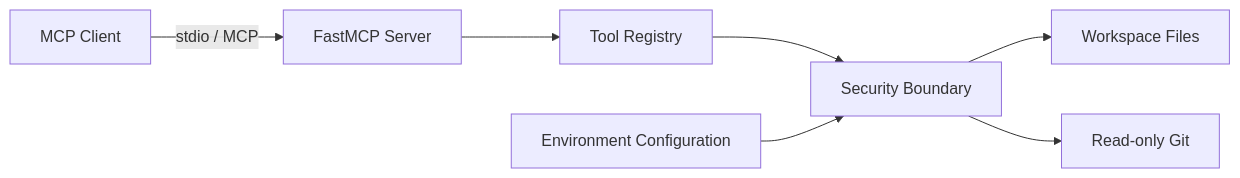
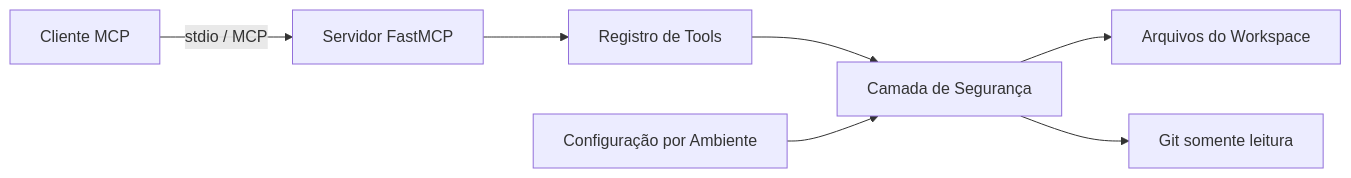
The diagram in docs/architecture.md (ErikaMendes89/developer-toolbox-mcp), drawn with Mermaid before and after one commit. The commit also changed other lines of this file, not shown here.

````diff
--- a/docs/architecture.md
+++ b/docs/architecture.md
@@ -9,9 +9,9 @@
 ```mermaid
 flowchart LR
-    Client[MCP Client] -->|stdio / MCP| Server[FastMCP Server]
-    Server --> Tools[Tool Registry]
-    Tools --> Guard[Security Boundary]
-    Guard --> FS[Workspace Files]
-    Guard --> Git[Read-only Git]
-    Config[Environment Configuration] --> Guard
+    Client[Cliente MCP] -->|stdio / MCP| Server[Servidor FastMCP]
+    Server --> Tools[Registro de Tools]
+    Tools --> Guard[Camada de Segurança]
+    Guard --> FS[Arquivos do Workspace]
+    Guard --> Git[Git somente leitura]
+    Config[Configuração por Ambiente] --> Guard
 ```
````
